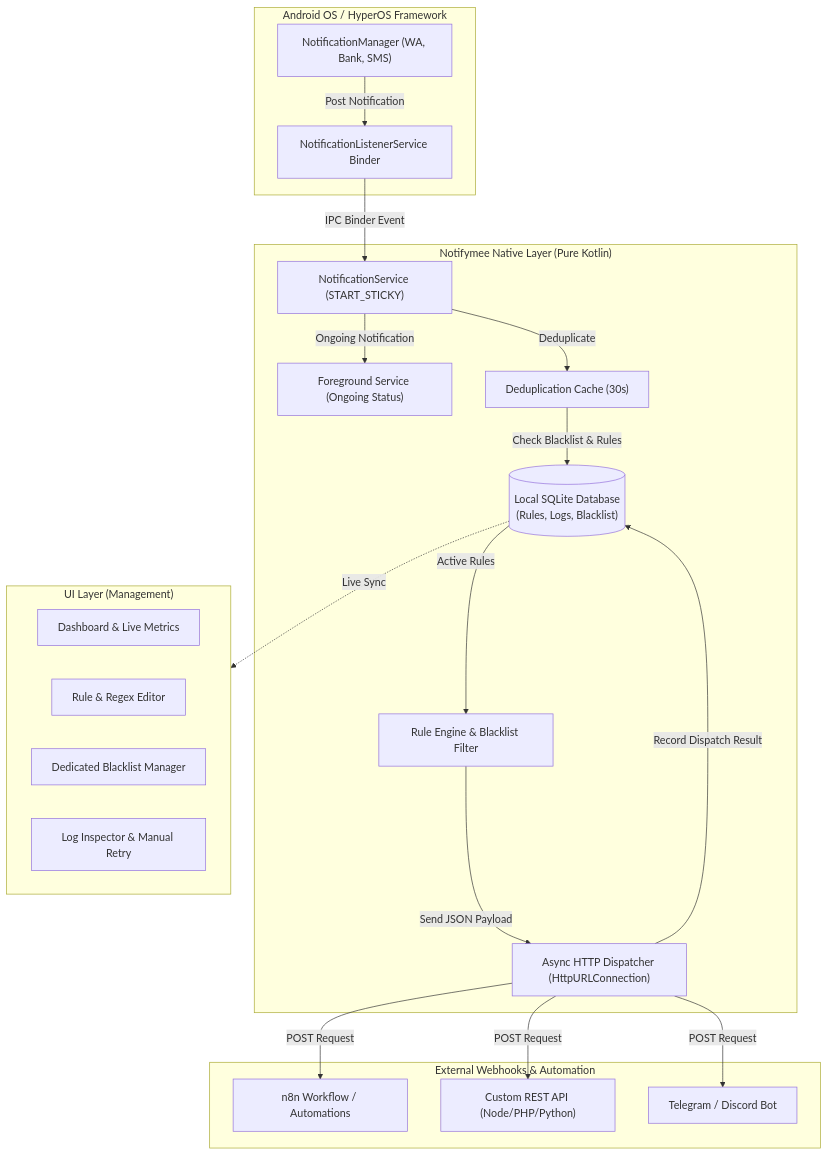
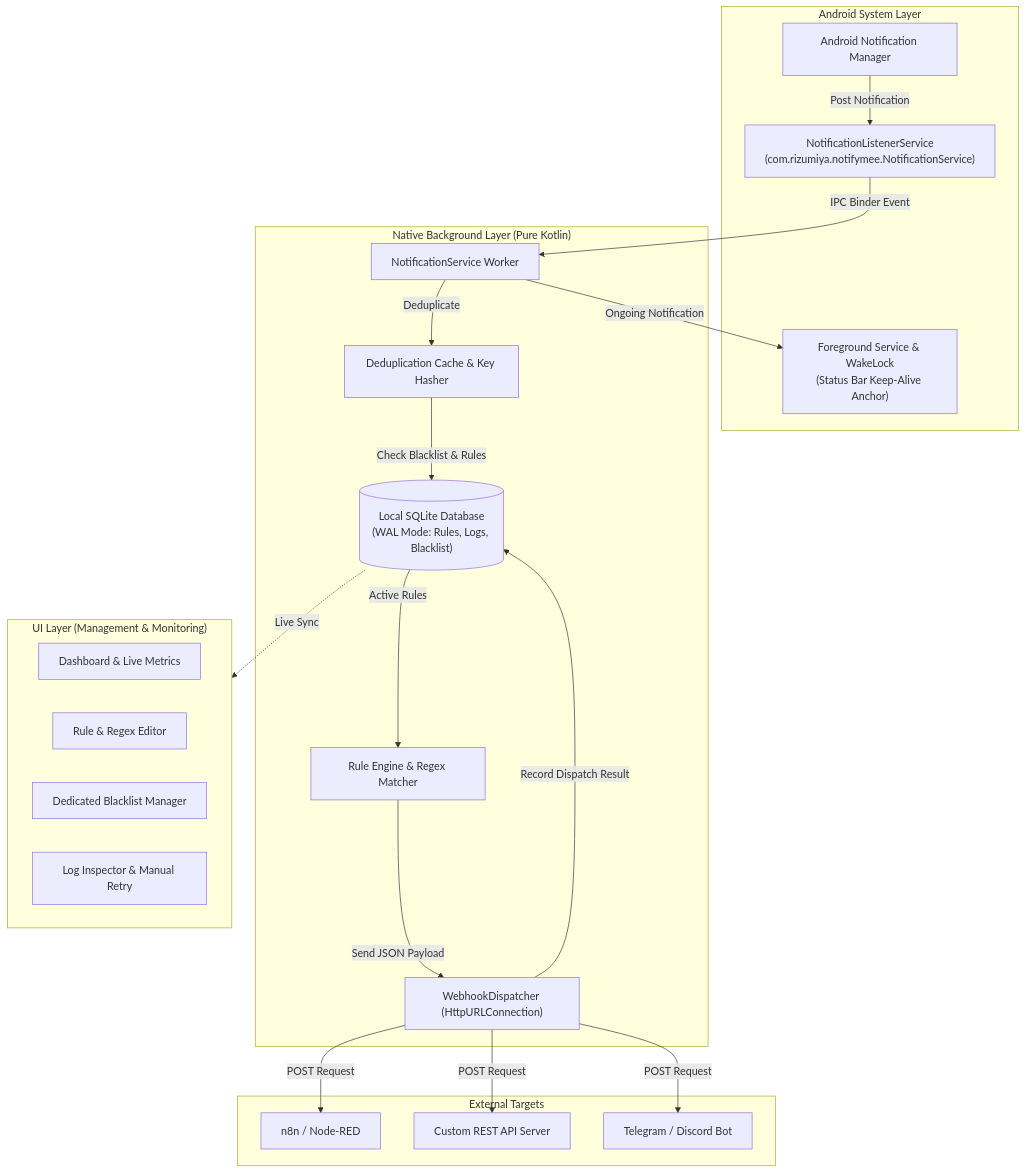
The diagram in README.md (rizumiya/notifymee), drawn with Mermaid before and after one commit. The commit also changed other lines of this file and 15 other files, not shown here.

````diff
--- a/README.md
+++ b/README.md
@@ -91,42 +87,42 @@
 ```mermaid
 flowchart TD
-    subgraph AndroidOS["Android OS / HyperOS Framework"]
-        NM["NotificationManager (WA, Bank, SMS)"]
-        NLS["NotificationListenerService Binder"]
+    subgraph AndroidOS["Android System Layer"]
+        NM["Android Notification Manager"]
+        NLS["NotificationListenerService<br/>(com.rizumiya.notifymee.NotificationService)"]
+        FGS["Foreground Service & WakeLock<br/>(Status Bar Keep-Alive Anchor)"]
     end
 
-    subgraph NativeService["Notifymee Native Layer (Pure Kotlin)"]
-        SRV["NotificationService (START_STICKY)"]
-        FGS["Foreground Service (Ongoing Status)"]
-        DEDUP["Deduplication Cache (30s)"]
-        DB[("Local SQLite Database\n(Rules, Logs, Blacklist)")]
-        MATCHER["Rule Engine & Blacklist Filter"]
-        HTTP["Async HTTP Dispatcher (HttpURLConnection)"]
+    subgraph NativeKotlin["Native Background Layer (Pure Kotlin)"]
+        SRV["NotificationService Worker"]
+        DEDUP["Deduplication Cache & Key Hasher"]
+        DB[("Local SQLite Database<br/>(WAL Mode: Rules, Logs, Blacklist)")]
+        MATCHER["Rule Engine & Regex Matcher"]
+        HTTP["WebhookDispatcher (HttpURLConnection)"]
     end
 
-    subgraph External["External Webhooks & Automation"]
-        N8N["n8n Workflow / Automations"]
-        API["Custom REST API (Node/PHP/Python)"]
+    subgraph ExternalWebhooks["External Targets"]
+        N8N["n8n / Node-RED"]
+        API["Custom REST API Server"]
         TG["Telegram / Discord Bot"]
     end
 
-    subgraph FlutterUI["UI Layer (Management)"]
+    subgraph FlutterUI["UI Layer (Management & Monitoring)"]
         DASH["Dashboard & Live Metrics"]
         RULES_UI["Rule & Regex Editor"]
         BL_UI["Dedicated Blacklist Manager"]
         LOGS_UI["Log Inspector & Manual Retry"]
     end
 
     NM -->|Post Notification| NLS
     NLS -->|IPC Binder Event| SRV
     SRV -->|Ongoing Notification| FGS
     SRV -->|Deduplicate| DEDUP
     DEDUP -->|Check Blacklist & Rules| DB
     DB -->|Active Rules| MATCHER
     MATCHER -->|Send JSON Payload| HTTP
     HTTP -->|POST Request| N8N
     HTTP -->|POST Request| API
     HTTP -->|POST Request| TG
     HTTP -->|Record Dispatch Result| DB
     DB -.->|Live Sync| FlutterUI
 ```
````
